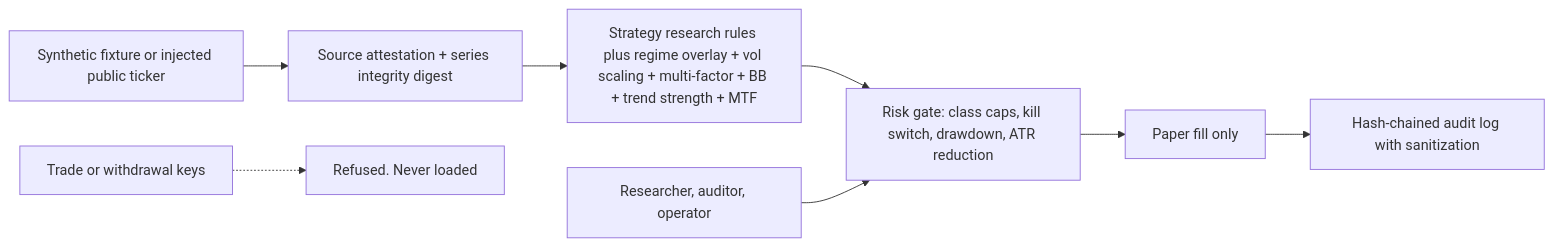
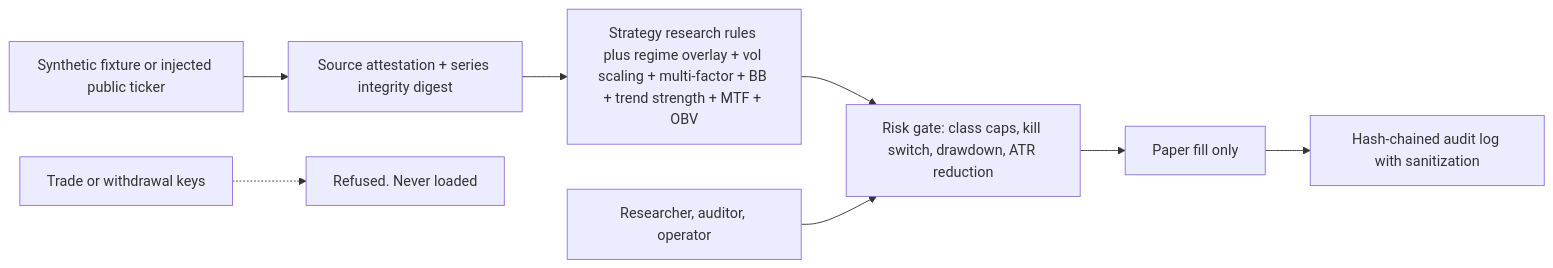
The diagram in docs/security-architecture.md (kkzee92/aixtech-crypto-intel), drawn with Mermaid before and after one commit. The commit also changed other lines of this file and 1 other file, not shown here.

Commit message:
v0.13: Add OBV proxy for volume confirmation in Major/Large-cap strategies and price-volume divergence to anomaly scoring. Reinforce paper-only research controls.

````diff
--- a/docs/security-architecture.md
+++ b/docs/security-architecture.md
@@ -10,10 +7,10 @@
 ```mermaid
 flowchart LR
     F["Synthetic fixture or injected public ticker"] --> AT["Source attestation + series integrity digest"]
-    AT --> S["Strategy research rules plus regime overlay + vol scaling + multi-factor + BB + trend strength + MTF"]
+    AT --> S["Strategy research rules plus regime overlay + vol scaling + multi-factor + BB + trend strength + MTF + OBV"]
     S --> R["Risk gate: class caps, kill switch, drawdown, ATR reduction"]
     R --> P["Paper fill only"]
     P --> A["Hash-chained audit log with sanitization"]
     K["Trade or withdrawal keys"] -.-> X["Refused. Never loaded"]
     RBAC["Researcher, auditor, operator"] --> R
 ```
````
